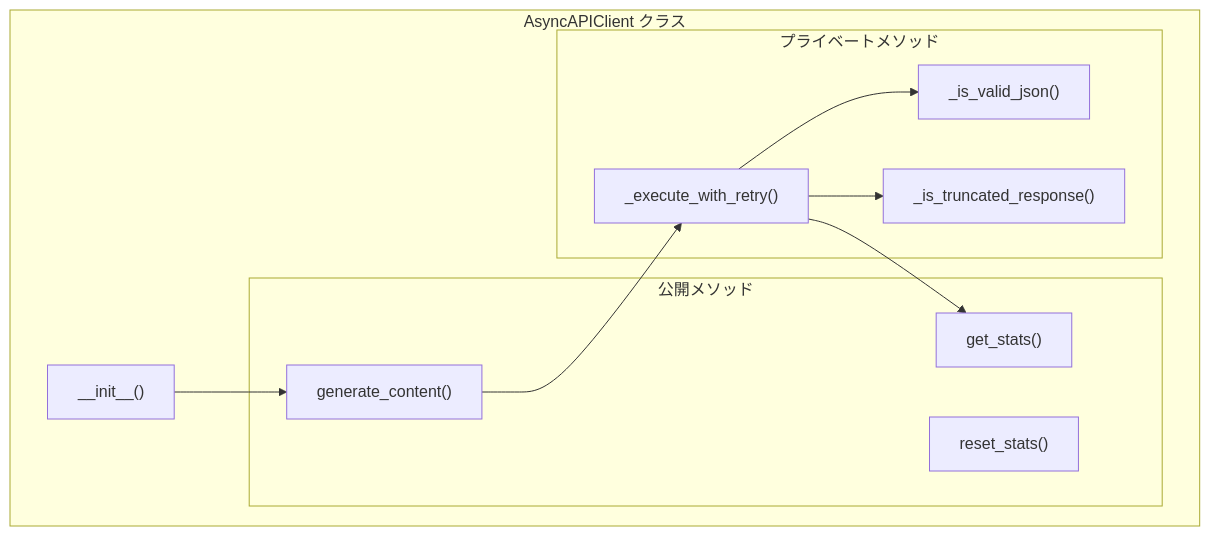
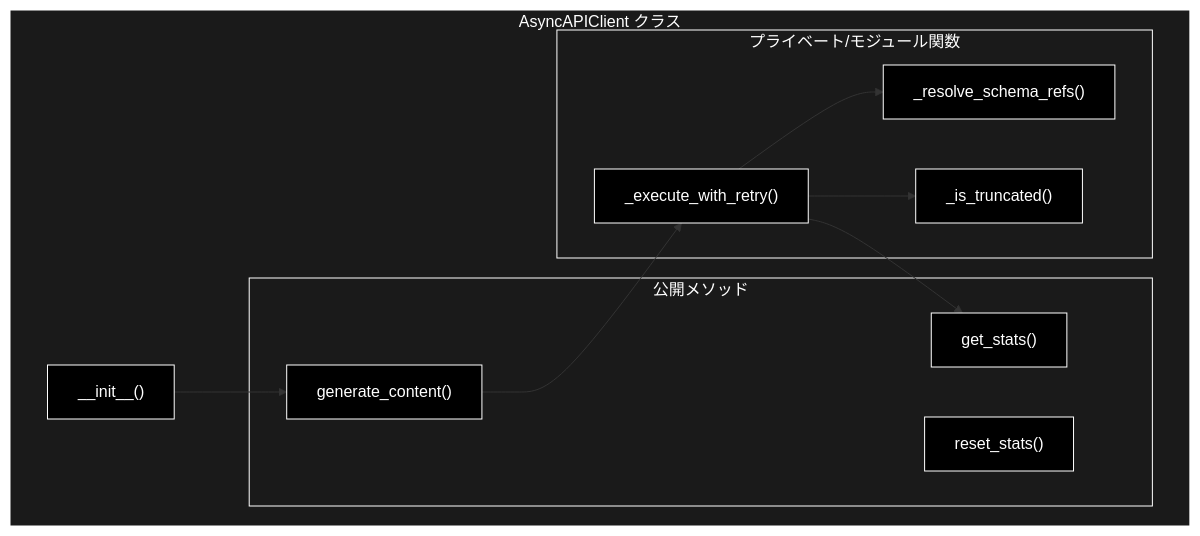
Before and after one commit to nakashima2toshio/ollama_grace_agent_v2: the second of 5 diagrams in chunking/doc/async_api_client.md, drawn with Mermaid. The commit also changed other lines of this file and 13 other files, not shown here.

````diff
--- a/chunking/doc/async_api_client.md
+++ b/chunking/doc/async_api_client.md
@@ -91,24 +100,30 @@
 ```mermaid
 flowchart TB
     subgraph ASYNC_CLIENT["AsyncAPIClient クラス"]
         INIT["__init__()"]
 
         subgraph PUBLIC["公開メソッド"]
             GEN["generate_content()"]
             STATS["get_stats()"]
             RESET["reset_stats()"]
         end
 
-        subgraph PRIVATE["プライベートメソッド"]
+        subgraph PRIVATE["プライベート/モジュール関数"]
             RETRY["_execute_with_retry()"]
-            VALID_JSON["_is_valid_json()"]
-            TRUNCATED["_is_truncated_response()"]
+            TRUNCATED["_is_truncated()"]
+            RESOLVE["_resolve_schema_refs()"]
         end
     end
 
     INIT --> GEN
     GEN --> RETRY
-    RETRY --> VALID_JSON
+    RETRY --> RESOLVE
     RETRY --> TRUNCATED
     RETRY --> STATS
+classDef default fill:#000,stroke:#fff,color:#fff
+classDef subgraphStyle fill:#1a1a1a,stroke:#fff,color:#fff
+class INIT,GEN,STATS,RESET,RETRY,TRUNCATED,RESOLVE default
+style ASYNC_CLIENT fill:#1a1a1a,stroke:#fff,color:#fff
+style PUBLIC fill:#1a1a1a,stroke:#fff,color:#fff
+style PRIVATE fill:#1a1a1a,stroke:#fff,color:#fff
 ```
````
